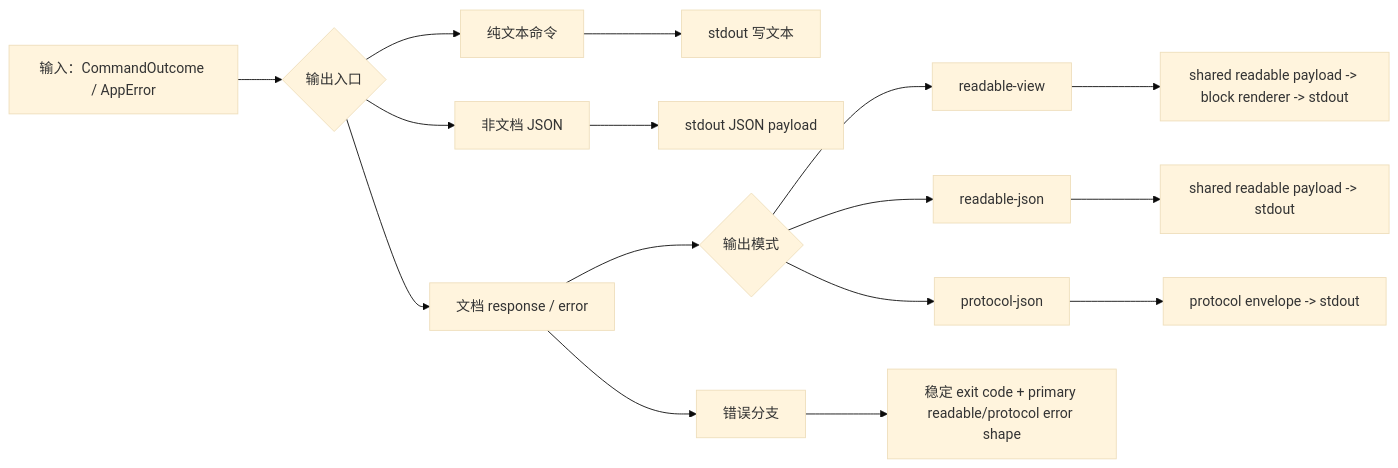
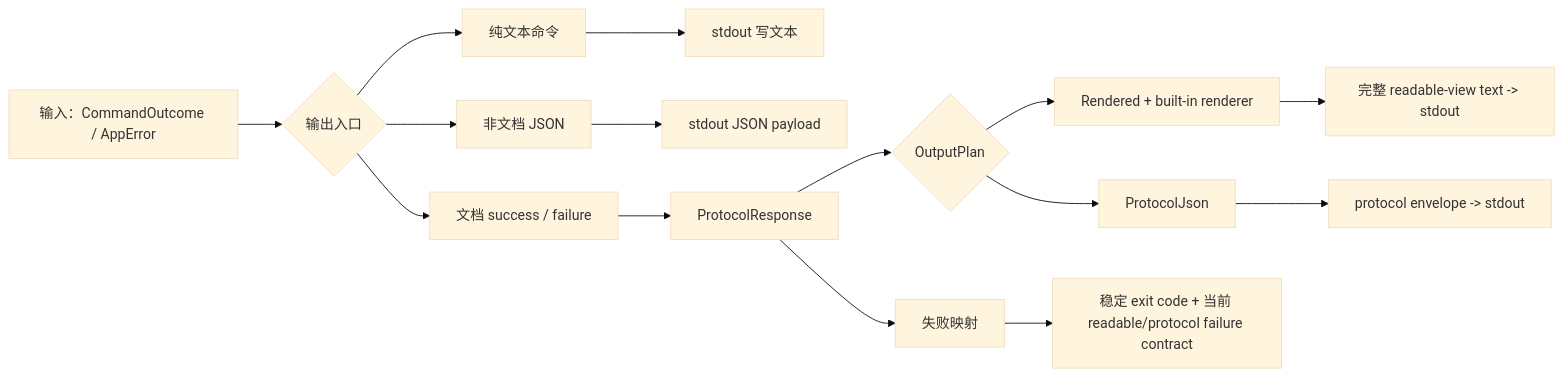
The first of 8 diagrams in docs/testing/cases.md (zxyycom/docnav), drawn with Mermaid (base theme) before and after one commit. The commit also changed other lines of this file and 77 other files, not shown here.

````diff
--- a/docs/testing/cases.md
+++ b/docs/testing/cases.md
@@ -182,18 +183,17 @@
 ```mermaid
 flowchart LR
   A["输入：CommandOutcome / AppError"] --> B{"输出入口"}
   B --> C["纯文本命令"]
   C --> C1["stdout 写文本"]
   B --> D["非文档 JSON"]
   D --> D1["stdout JSON payload"]
-  B --> E["文档 response / error"]
-  E --> F{"输出模式"}
-  F --> G["readable-view"]
-  G --> G1["shared readable payload -> block renderer -> stdout"]
-  F --> H["readable-json"]
-  H --> H1["shared readable payload -> stdout"]
-  F --> I["protocol-json"]
+  B --> E["文档 success / failure"]
+  E --> F["ProtocolResponse"]
+  F --> G{"OutputPlan"}
+  G --> H["Rendered + built-in renderer"]
+  H --> H1["完整 readable-view text -> stdout"]
+  G --> I["ProtocolJson"]
   I --> I1["protocol envelope -> stdout"]
-  E --> J["错误分支"]
-  J --> J1["稳定 exit code + primary readable/protocol error shape"]
+  F --> J["失败映射"]
+  J --> J1["稳定 exit code + 当前 readable/protocol failure contract"]
 ```
````
